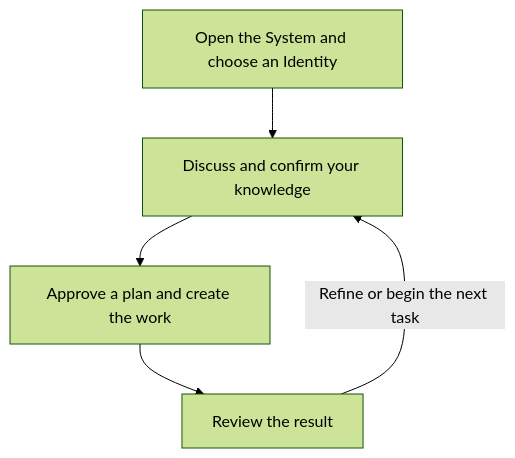
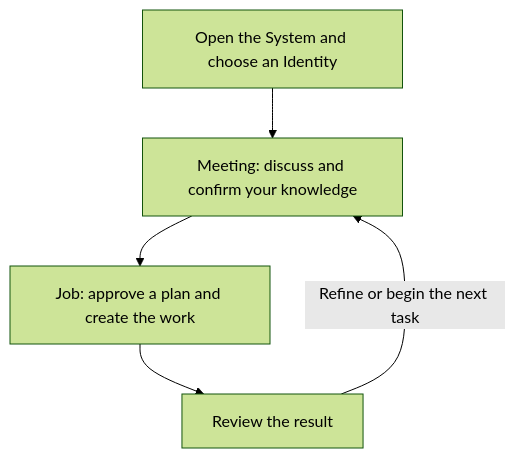
Before and after one commit to bonchiang96/AI-with-ME: the diagram in README.md, drawn with Mermaid (forest theme). The commit also changed other lines of this file and 6 other files, not shown here.

````diff
--- a/README.md
+++ b/README.md
@@ -11,7 +9,7 @@
 ```mermaid
 flowchart TD
-    A["Open the System and choose an Identity"] --> B["Discuss and confirm your knowledge"]
-    B --> C["Approve a plan and create the work"]
+    A["Open the System and choose an Identity"] --> B["Meeting: discuss and confirm your knowledge"]
+    B --> C["Job: approve a plan and create the work"]
     C --> D["Review the result"]
     D -->|"Refine or begin the next task"| B
 ```
````
